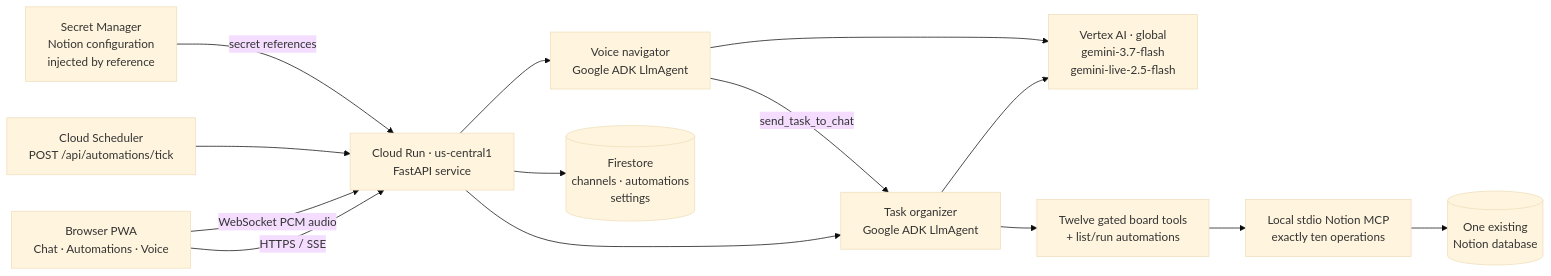
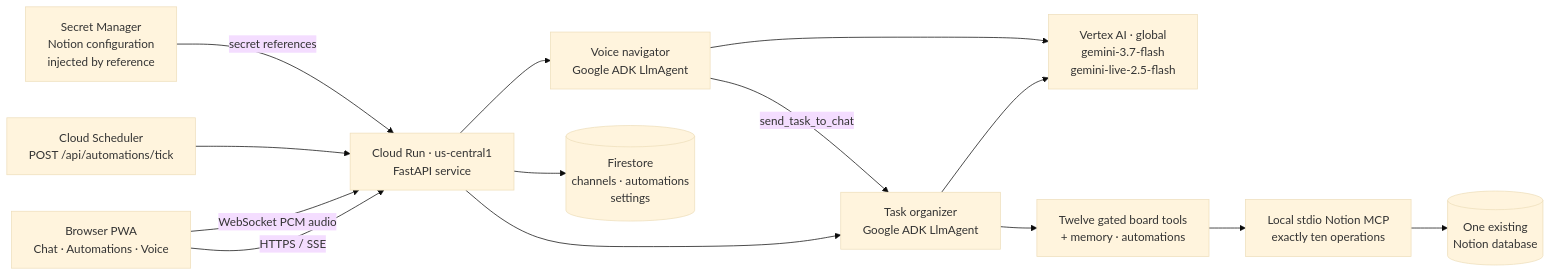
One commit to Avischai-G/avi-notes-assistant changed the diagram in docs/architecture.md. Above: the diagram before and after it, drawn with Mermaid (base theme). The commit also changed other lines of this file and 11 other files, not shown here.

````diff
--- a/docs/architecture.md
+++ b/docs/architecture.md
@@ -9,28 +9,28 @@
 ```mermaid
 flowchart LR
     B[Browser PWA\nChat · Automations · Voice]
     API[Cloud Run · us-central1\nFastAPI service]
     A[Task organizer\nGoogle ADK LlmAgent]
     L[Voice navigator\nGoogle ADK LlmAgent]
     V[Vertex AI · global\ngemini-3.7-flash\ngemini-live-2.5-flash]
-    T[Twelve gated board tools\n+ list/run automations]
+    T[Twelve gated board tools\n+ memory · automations]
     M[Local stdio Notion MCP\nexactly ten operations]
     N[(One existing\nNotion database)]
     F[(Firestore\nchannels · automations\nsettings)]
     S[Secret Manager\nNotion configuration\ninjected by reference]
     C[Cloud Scheduler\nPOST /api/automations/tick]
 
     B -->|HTTPS / SSE| API
     B -->|WebSocket PCM audio| API
     C --> API
     S -->|secret references| API
     API --> A
     API --> L
     L -->|send_task_to_chat| A
     A --> V
     L --> V
     A --> T
     T --> M
     M --> N
     API --> F
 ```
````
